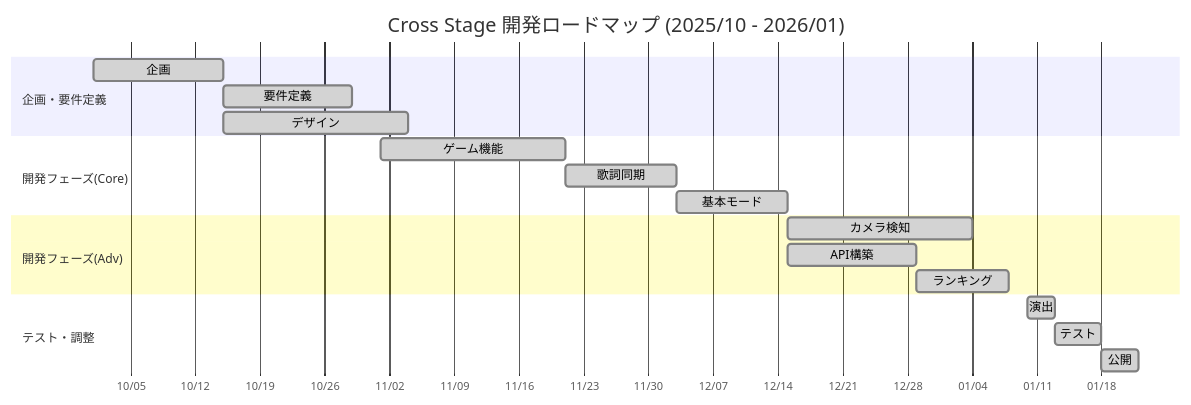
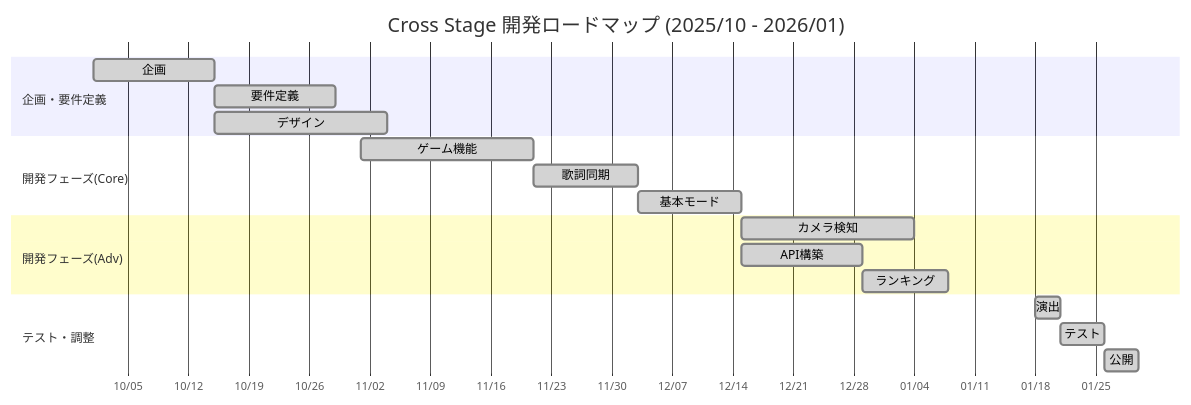
The sixth of 9 diagrams in README.md (syusyusyusyu/star), drawn with Mermaid before and after one commit.

Commit message:
fix: 演出のスケジュールを2026-01-10から2026-01-18に変更

````diff
--- a/README.md
+++ b/README.md
@@ -193,26 +193,26 @@
 ```mermaid
 gantt
     title Cross Stage 開発ロードマップ (2025/10 - 2026/01)
     dateFormat  YYYY-MM-DD
     axisFormat %m/%d
     
     section 企画・要件定義
     企画               :done, a1, 2025-10-01, 14d
     要件定義           :done, a2, after a1, 14d
     デザイン           :done, a3, after a1, 20d
     
     section 開発フェーズ(Core)
     ゲーム機能       :done, b1, 2025-11-01, 20d
     歌詞同期           :done, b2, after b1, 12d
     基本モード         :done, b3, after b2, 12d
     
     section 開発フェーズ(Adv)
     カメラ検知         :done, c1, after b3, 20d
     API構築            :done, c2, after b3, 14d
     ランキング         :done, c3, after c2, 10d
     
     section テスト・調整
-    演出               :done, d1, 2026-01-10, 3d
+    演出               :done, d1, 2026-01-18, 3d
     テスト             :done, d2, after d1, 5d
     公開               :done, d3, after d2, 4d
 ```
````
